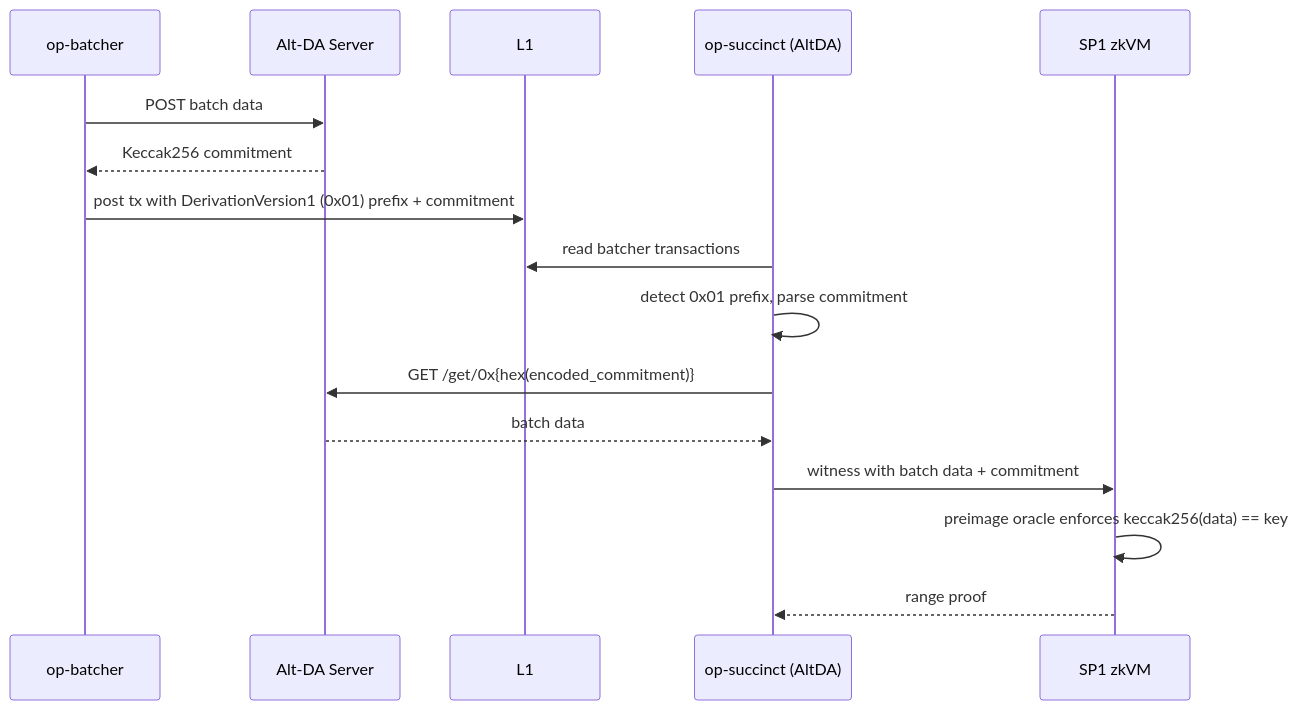
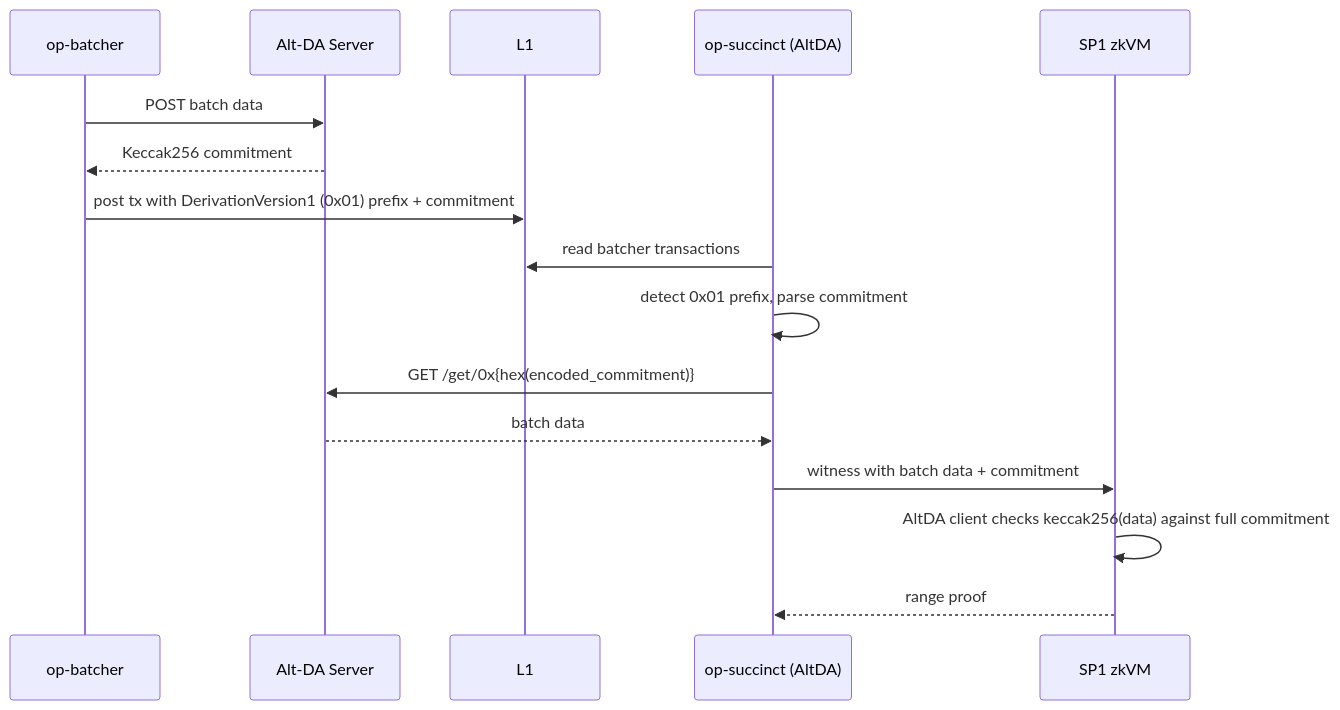
The diagram in book/validity/experimental/altda.md (succinctlabs/op-succinct), drawn with Mermaid before and after one commit. The commit also changed other lines of this file and 2 other files, not shown here.

````diff
--- a/book/validity/experimental/altda.md
+++ b/book/validity/experimental/altda.md
@@ -18,19 +18,19 @@
 ```mermaid
 sequenceDiagram
     participant Batcher as op-batcher
     participant DA as Alt-DA Server
     participant L1 as L1
     participant Proposer as op-succinct (AltDA)
     participant zkVM as SP1 zkVM
 
     Batcher->>DA: POST batch data
     DA-->>Batcher: Keccak256 commitment
     Batcher->>L1: post tx with DerivationVersion1 (0x01) prefix + commitment
     Proposer->>L1: read batcher transactions
     Proposer->>Proposer: detect 0x01 prefix, parse commitment
     Proposer->>DA: GET /get/0x{hex(encoded_commitment)}
     DA-->>Proposer: batch data
     Proposer->>zkVM: witness with batch data + commitment
-    zkVM->>zkVM: preimage oracle enforces keccak256(data) == key
+    zkVM->>zkVM: AltDA client checks keccak256(data) against full commitment
     zkVM-->>Proposer: range proof
 ```
````
